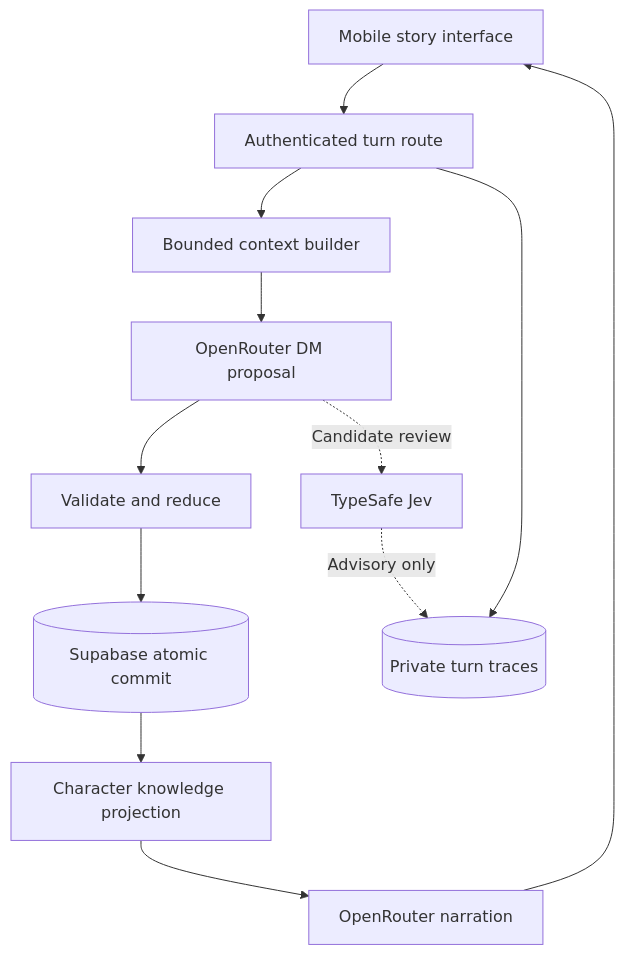
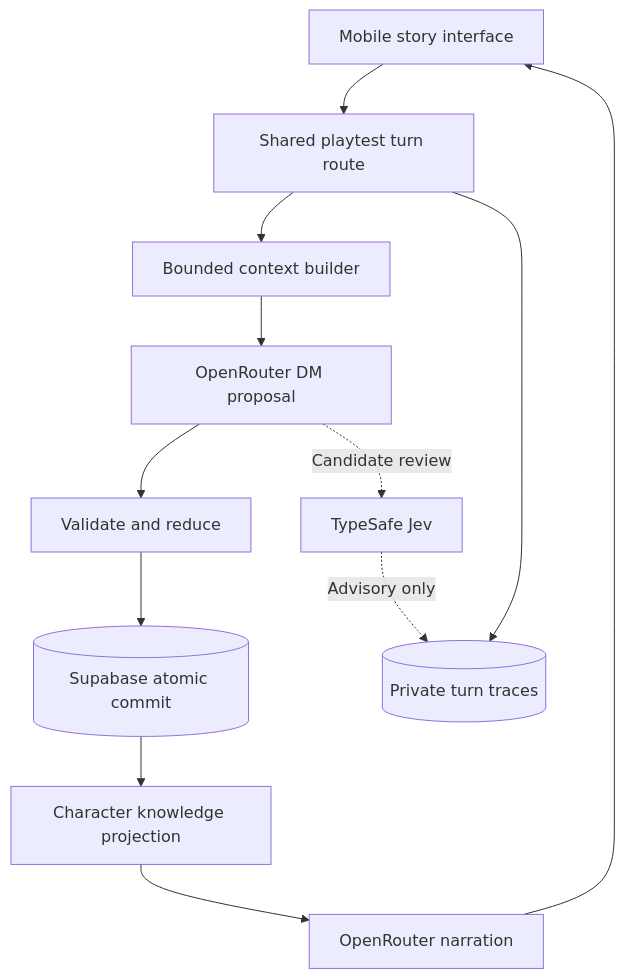
Before and after one commit to rkwai/story-quest: the diagram in docs/architecture.md, drawn with Mermaid. The commit also changed other lines of this file and 22 other files, not shown here.

Commit message:
Open shared playtest lobby with no-login start, resume, reset and delete

````diff
--- a/docs/architecture.md
+++ b/docs/architecture.md
@@ -7,14 +7,14 @@
 ```mermaid
 flowchart TD
-  UI[Mobile story interface] --> API[Authenticated turn route]
+  UI[Mobile story interface] --> API[Shared playtest turn route]
   API --> Context[Bounded context builder]
   Context --> DM[OpenRouter DM proposal]
   DM --> Engine[Validate and reduce]
   Engine --> DB[(Supabase atomic commit)]
   DM -. Candidate review .-> Jev[TypeSafe Jev]
   Jev -. Advisory only .-> Trace
   DB --> View[Character knowledge projection]
   View --> Narrator[OpenRouter narration]
   Narrator --> UI
   API --> Trace[(Private turn traces)]
 ```
````
